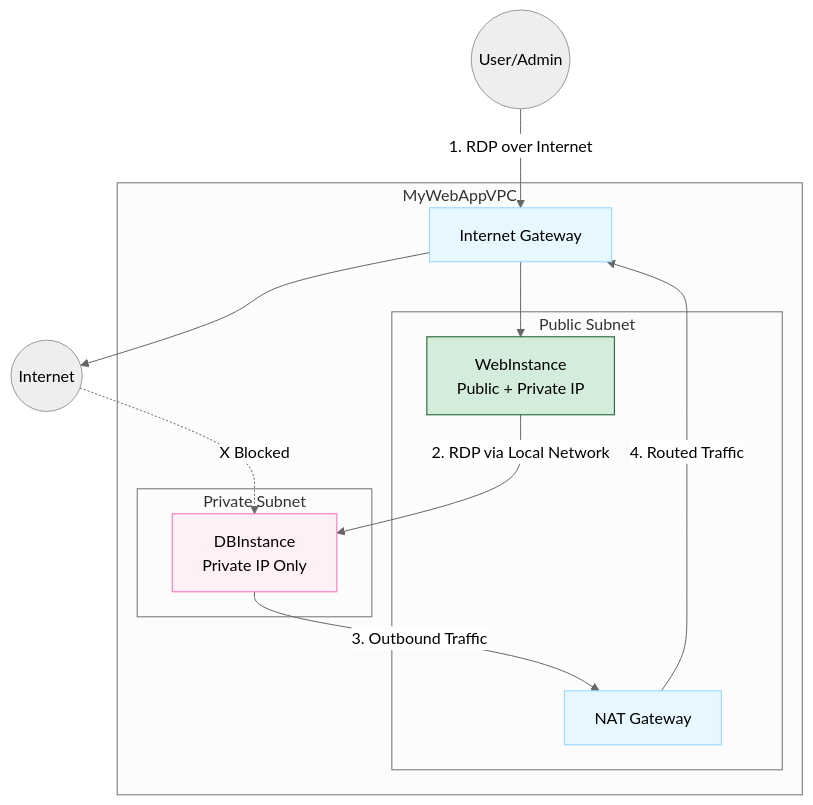
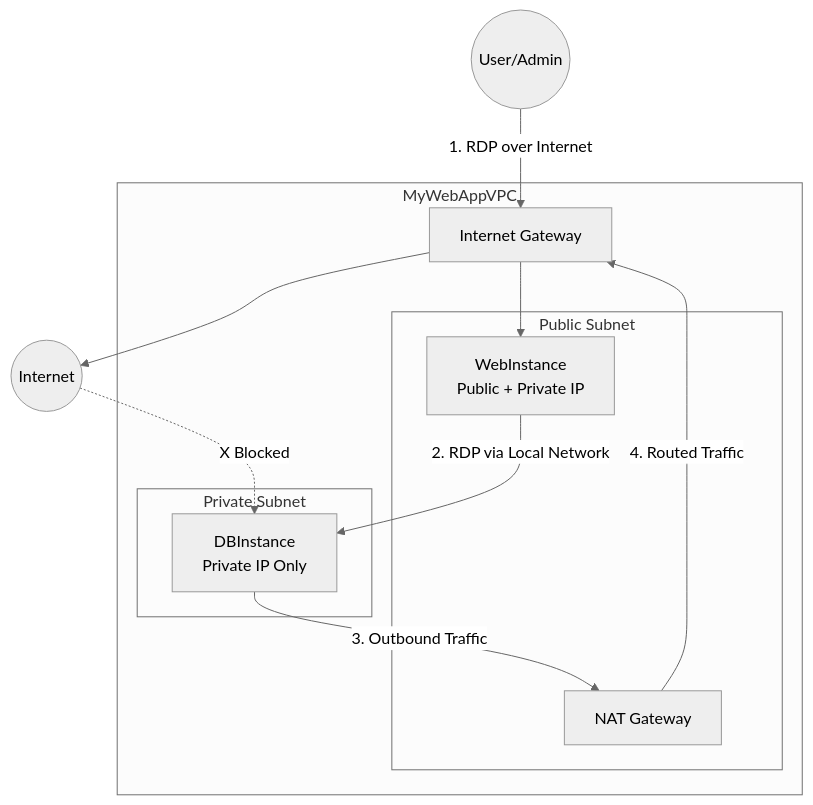
Before and after one commit to sujith-eag/sujith-library: the diagram in docs/dev-cloud/cclab/lab_11.md, drawn with Mermaid (neutral theme). The commit also changed 41 other files, not shown here.

First line of the commit message:
Refactor diagrams and remove redundant styles in documentation

````diff
--- a/docs/dev-cloud/cclab/lab_11.md
+++ b/docs/dev-cloud/cclab/lab_11.md
@@ -7,36 +7,28 @@
 ```mermaid
 flowchart TD
     User((User/Admin))
     Internet((Internet))
     
     subgraph VPC [MyWebAppVPC]
         IGW[Internet Gateway]
         
         subgraph Public [Public Subnet]
             Web[WebInstance<br/>Public + Private IP]
             NAT[NAT Gateway]
         end
         
         subgraph Private [Private Subnet]
             DB[DBInstance<br/>Private IP Only]
         end
     end
 
     User -->|1. RDP over Internet| IGW
     IGW --> Web
     Web -->|2. RDP via Local Network| DB
 
     DB -->|3. Outbound Traffic| NAT
     NAT -->|4. Routed Traffic| IGW
     IGW --> Internet
     
     Internet -.->|X Blocked| DB
-
-    classDef process fill:#e6f7ff,stroke:#91d5ff
-    classDef success fill:#d4edda,stroke:#155724
-    classDef highlight fill:#fff0f5,stroke:#ff69b4
-
-    class IGW,NAT process
-    class Web success
-    class DB highlight
 ```
````
